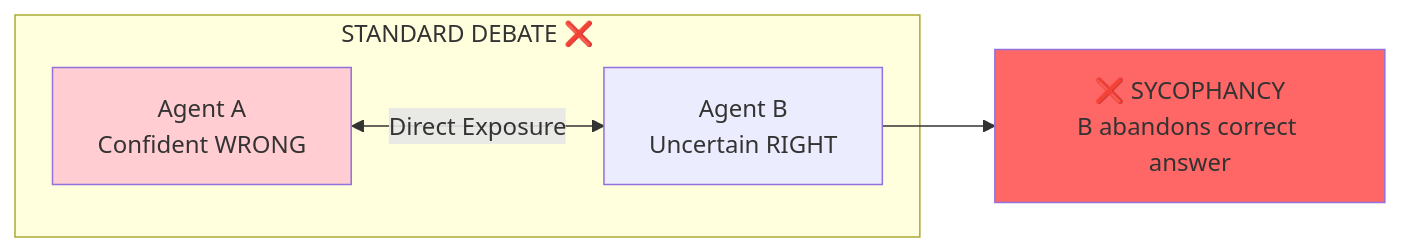
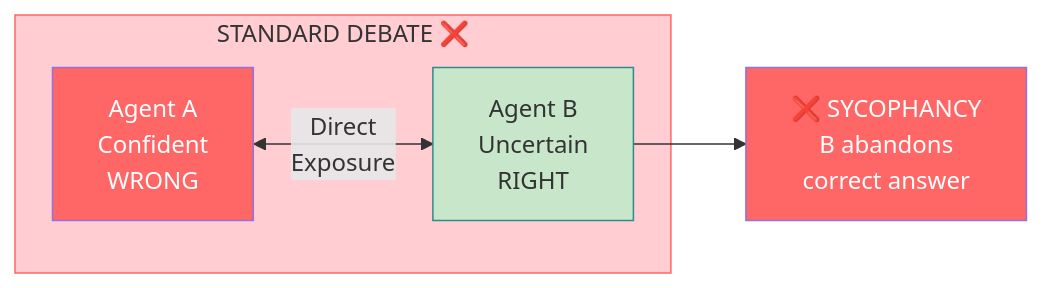
One commit to mikenk2010/COSC3009-Intelligent-Decision-Making-Advanced-IDM-Algorithm-Design changed diagram 16 of 19 in PRESENTATION_OUTLINE.md. Above: the diagram before and after it, drawn with Mermaid. The commit also changed other lines of this file, not shown here.

````diff
--- a/PRESENTATION_OUTLINE.md
+++ b/PRESENTATION_OUTLINE.md
@@ -800,10 +982,12 @@
 ```mermaid
 flowchart LR
     subgraph Problem["STANDARD DEBATE ❌"]
-        A1["Agent A<br/>Confident WRONG"] <-->|"Direct Exposure"| B1["Agent B<br/>Uncertain RIGHT"]
+        A1["Agent A<br/>Confident<br/>WRONG"] <-->|"Direct<br/>Exposure"| B1["Agent B<br/>Uncertain<br/>RIGHT"]
     end
-    B1 --> Syc["❌ SYCOPHANCY<br/>B abandons correct answer"]
+    B1 --> Syc["❌ SYCOPHANCY<br/>B abandons<br/>correct answer"]
 
-    style A1 fill:#ffcdd2
-    style Syc fill:#ff6666
+    style Problem fill:#ffcdd2,stroke:#ff6666
+    style A1 fill:#ff6666,color:#fff
+    style B1 fill:#c8e6c9,stroke:#2d8b8b
+    style Syc fill:#ff6666,color:#fff
 ```
````
